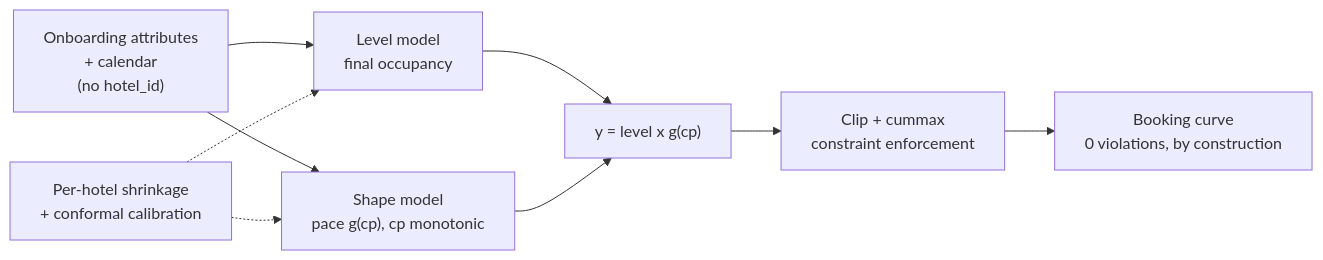
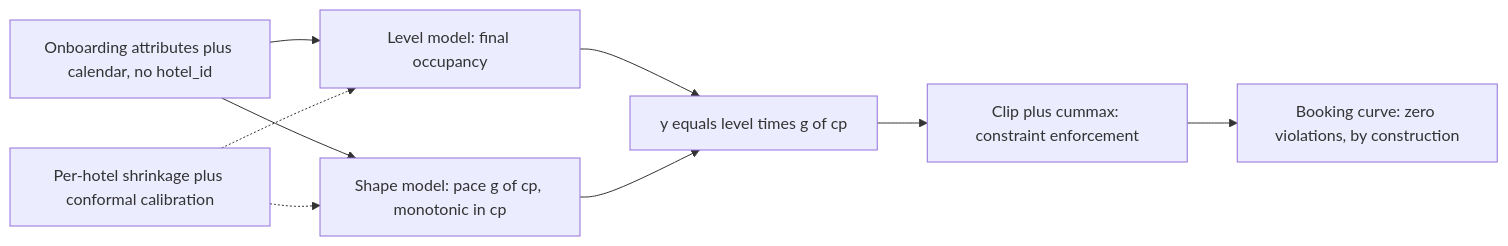
Before and after one commit to farahfarchoukh/booking-curve-service: the diagram in README.md, drawn with Mermaid.

Commit message:
Simplify Mermaid diagram further — still failing to parse on GitHub with <br/> tags
The first fix (quoting labels, using <br/>) still failed on GitHub's
renderer even though it's standard, documented Mermaid syntax and
should have worked. Rather than guess again, stripped every label down
to plain single-line text with no HTML tags and no special characters
at all — as conservative as Mermaid syntax gets. Verifying this one
directly against the rendered GitHub page before considering it fixed,
not assuming from syntax review alone (that's what went wrong last time).

````diff
--- a/README.md
+++ b/README.md
@@ -13,11 +13,11 @@
 ```mermaid
 flowchart LR
-    A["Onboarding attributes<br/>+ calendar<br/>(no hotel_id)"] --> B["Level model<br/>final occupancy"]
-    A --> C["Shape model<br/>pace g(cp), cp monotonic"]
-    B --> D["y = level x g(cp)"]
+    A["Onboarding attributes plus calendar, no hotel_id"] --> B["Level model: final occupancy"]
+    A --> C["Shape model: pace g of cp, monotonic in cp"]
+    B --> D["y equals level times g of cp"]
     C --> D
-    D --> E["Clip + cummax<br/>constraint enforcement"]
-    E --> F["Booking curve<br/>0 violations, by construction"]
-    G["Per-hotel shrinkage<br/>+ conformal calibration"] -.-> B
+    D --> E["Clip plus cummax: constraint enforcement"]
+    E --> F["Booking curve: zero violations, by construction"]
+    G["Per-hotel shrinkage plus conformal calibration"] -.-> B
     G -.-> C
 ```
````
